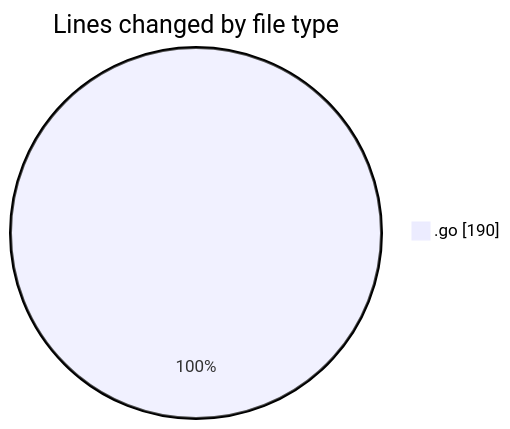
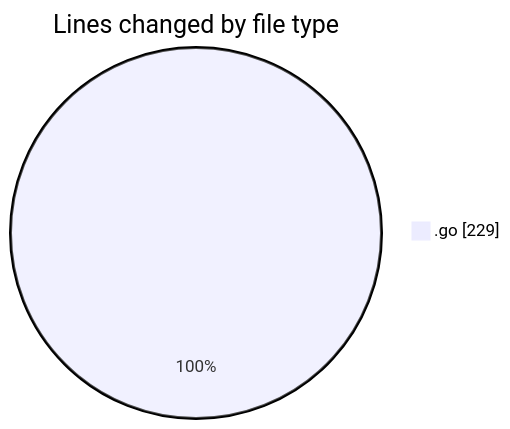
One commit to robertbonfada/code-tracking changed the first of 2 diagrams in 2025-02-21/termonied_testador/README.md. Above: the diagram before and after it, drawn with Mermaid. The commit also changed other lines of this file and 1 other file, not shown here.

````diff
--- a/2025-02-21/termonied_testador/README.md
+++ b/2025-02-21/termonied_testador/README.md
@@ -24,5 +25,5 @@
 ```mermaid
 pie showData
 title Lines changed by file type
-".go" : 190
+".go" : 229
 ```
````
